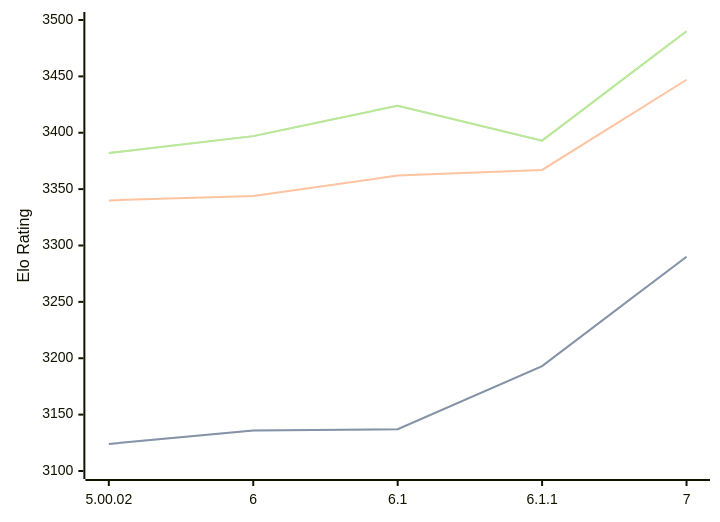
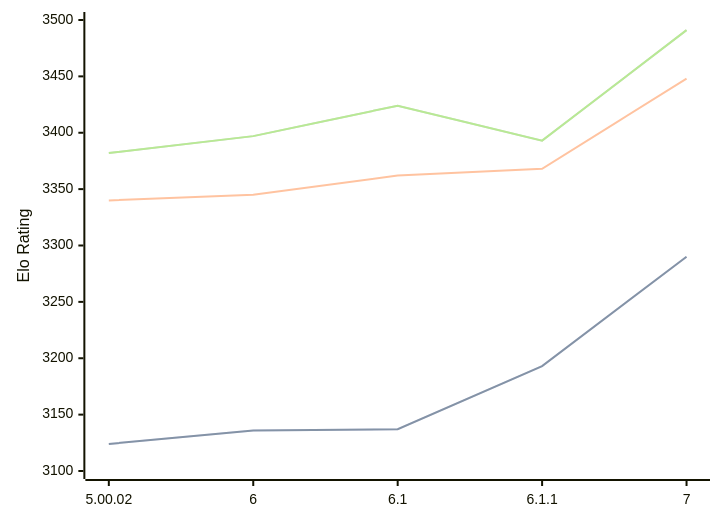
The diagram in engines/Zangdar.md (computer-chess-index/cci), drawn with Mermaid before and after one commit. The commit also changed other lines of this file, not shown here.

Commit message:
Update CCI Ratings (ELO VLTC) - 2026-08-10

````diff
--- a/engines/Zangdar.md
+++ b/engines/Zangdar.md
@@ -35,11 +35,11 @@
 ```mermaid
 %%{init: {"theme":"base","themeVariables":{"seriesColors:['#a3a3a3','#222221','#faa371']}}}%%
 xychart-beta
   x-axis ["5.00.02", "6", "6.1", "6.1.1", "7"]
   y-axis "Elo Rating" 3100 --> 3500
   line "STC (8.0+0.08s)" [3124, 3136, 3137, 3193, 3290]
   line "STC (8.0+0.08s)" [3124, 3136, 3137, 3193, 3290]
-  line "LTC (60.0+0.60s)" [3340, 3344, 3362, 3367, 3447]
-  line "VLTC (2m24s+1.12s)" [3382, 3397, 3424, 3393, 3490]
-  line "VLTC (2m24s+1.12s)" [3382, 3397, 3424, 3393, 3490]
+  line "LTC (60.0+0.60s)" [3340, 3345, 3362, 3368, 3448]
+  line "VLTC (2m24s+1.12s)" [3382, 3397, 3424, 3393, 3491]
+  line "VLTC (2m24s+1.12s)" [3382, 3397, 3424, 3393, 3491]
 ```
````
